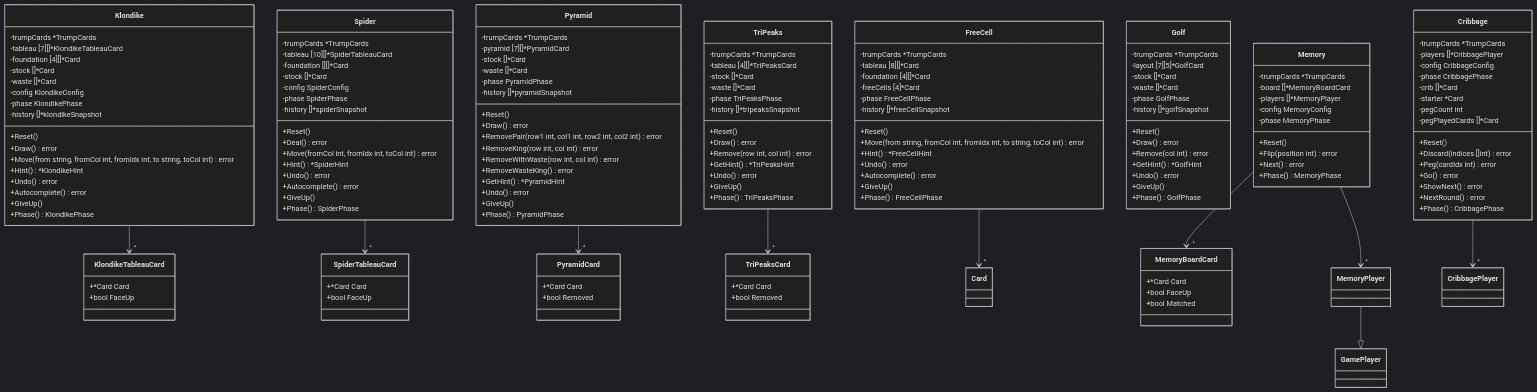
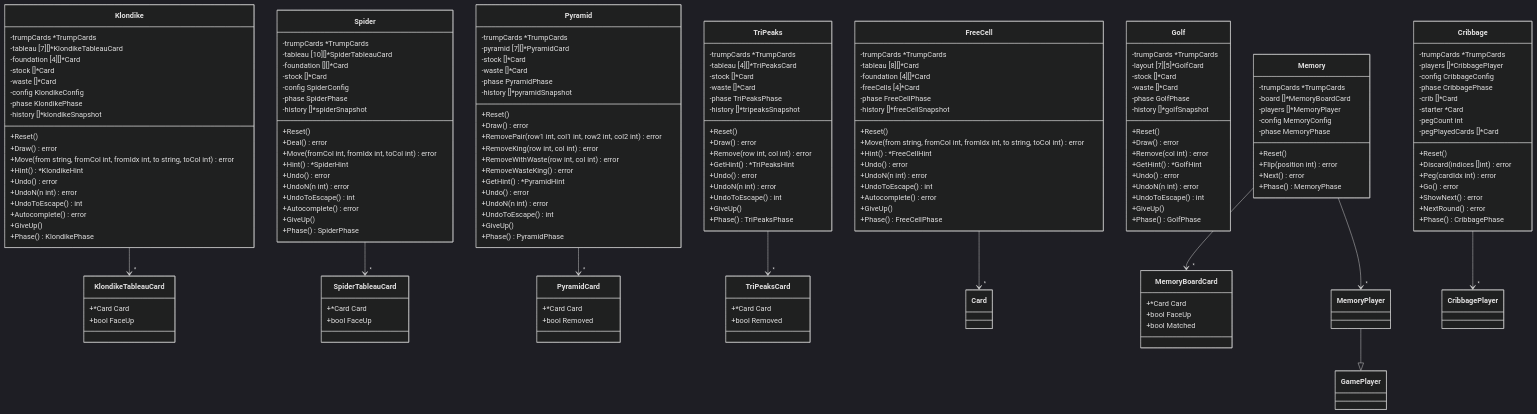
Before and after one commit to yuta-yoshinaga/go_trumpcards: the seventh of 45 diagrams in docs/design/backend.md, drawn with Mermaid (dark theme). The commit also changed 8 other files, not shown here.

```diff
--- a/docs/design/backend.md
+++ b/docs/design/backend.md
@@ -810,6 +810,8 @@
         +Move(from string, fromCol int, fromIdx int, to string, toCol int) error
         +Hint() *KlondikeHint
         +Undo() error
+        +UndoN(n int) error
+        +UndoToEscape() int
         +Autocomplete() error
         +GiveUp()
         +Phase() KlondikePhase
@@ -826,6 +828,8 @@
         +Move(from string, fromCol int, fromIdx int, to string, toCol int) error
         +Hint() *FreeCellHint
         +Undo() error
+        +UndoN(n int) error
+        +UndoToEscape() int
         +Autocomplete() error
         +GiveUp()
         +Phase() FreeCellPhase
@@ -844,6 +848,8 @@
         +Move(fromCol int, fromIdx int, toCol int) error
         +Hint() *SpiderHint
         +Undo() error
+        +UndoN(n int) error
+        +UndoToEscape() int
         +Autocomplete() error
         +GiveUp()
         +Phase() SpiderPhase
@@ -864,6 +870,8 @@
         +RemoveWasteKing() error
         +GetHint() *PyramidHint
         +Undo() error
+        +UndoN(n int) error
+        +UndoToEscape() int
         +GiveUp()
         +Phase() PyramidPhase
     }
@@ -880,6 +888,8 @@
         +Remove(row int, col int) error
         +GetHint() *TriPeaksHint
         +Undo() error
+        +UndoN(n int) error
+        +UndoToEscape() int
         +GiveUp()
         +Phase() TriPeaksPhase
     }
@@ -896,6 +906,8 @@
         +Remove(col int) error
         +GetHint() *GolfHint
         +Undo() error
+        +UndoN(n int) error
+        +UndoToEscape() int
         +GiveUp()
         +Phase() GolfPhase
     }
```
